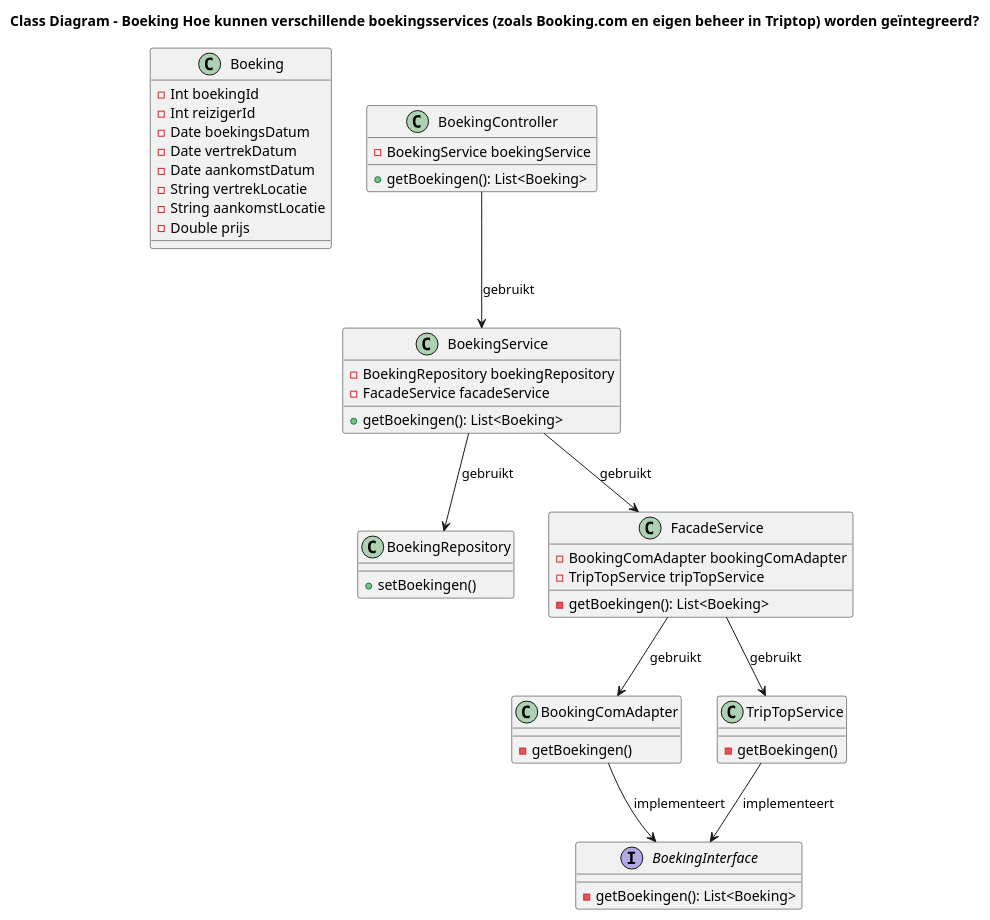
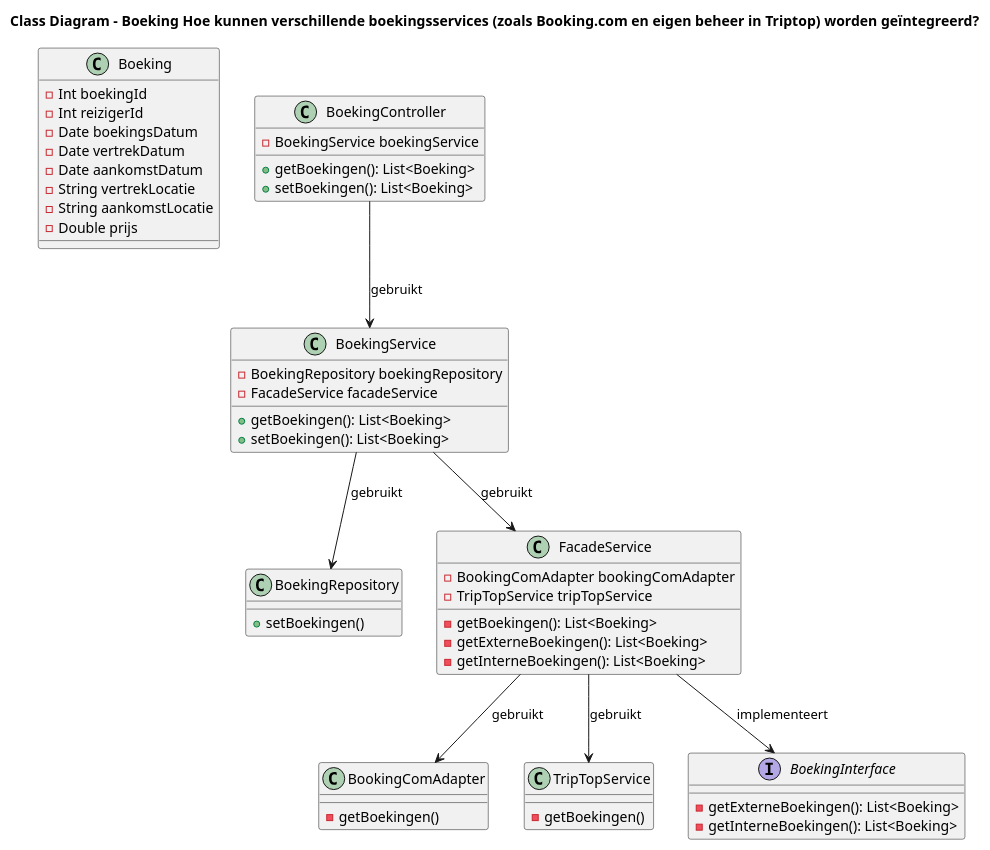
The diagram in class-diagram-sybren/class-diagram.puml (AIM-ENE-feb25/triptop-asas), drawn with PlantUML before and after one commit.

```diff
--- a/class-diagram-sybren/class-diagram.puml
+++ b/class-diagram-sybren/class-diagram.puml
@@ -1,58 +1,62 @@
 @startuml
 title Class Diagram – Boeking Hoe kunnen verschillende boekingsservices (zoals Booking.com en eigen beheer in Triptop) worden geïntegreerd?
 
 class Boeking {
     -Int boekingId
     -Int reizigerId
     -Date boekingsDatum
     -Date vertrekDatum
     -Date aankomstDatum
     -String vertrekLocatie
     -String aankomstLocatie
     -Double prijs
 }
 class BoekingController {
     - BoekingService boekingService
     + getBoekingen(): List<Boeking>
+    + setBoekingen(): List<Boeking>
 }
 
 class BoekingService {
     - BoekingRepository boekingRepository
     + getBoekingen(): List<Boeking>
+    + setBoekingen(): List<Boeking>
     - FacadeService facadeService
 
 }
 
 class BoekingRepository {
     + setBoekingen()
 }
 
 
 class FacadeService {
     - BookingComAdapter bookingComAdapter
     - TripTopService tripTopService
-     - getBoekingen(): List<Boeking>
+    - getBoekingen(): List<Boeking>
+    - getExterneBoekingen(): List<Boeking>
+    - getInterneBoekingen(): List<Boeking>
 }
 
 class BookingComAdapter {
     - getBoekingen()
 }
 
 class TripTopService {
     - getBoekingen()
 }
 
 interface BoekingInterface {
-    - getBoekingen(): List<Boeking>
+    - getExterneBoekingen(): List<Boeking>
+    - getInterneBoekingen(): List<Boeking>
 }
 
 BoekingController --> BoekingService: "gebruikt"
 BoekingService --> FacadeService: "gebruikt"
 BoekingService --> BoekingRepository: "gebruikt"
-BookingComAdapter --> BoekingInterface: "implementeert"
-TripTopService --> BoekingInterface: "implementeert"
+FacadeService --> BoekingInterface: "implementeert"
 FacadeService  --> BookingComAdapter : "gebruikt"
 FacadeService --> TripTopService : "gebruikt"
 
 
 @enduml
```
